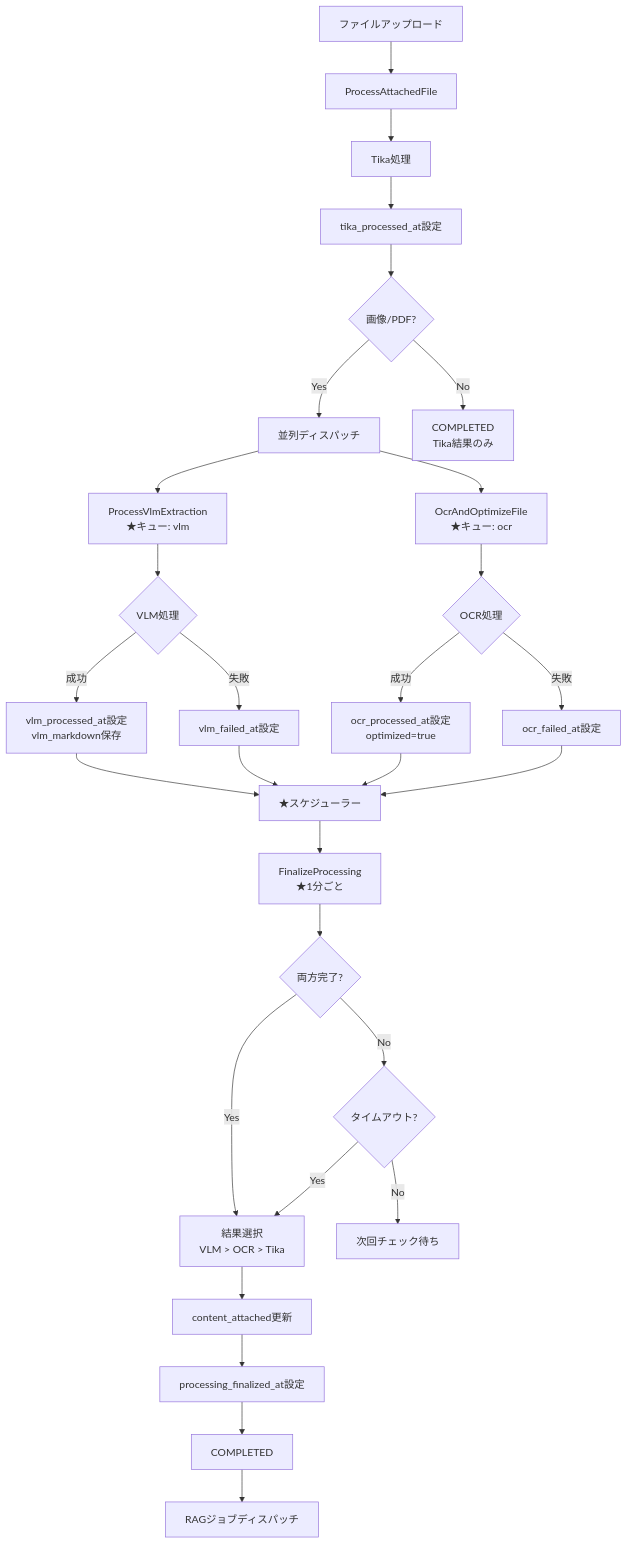
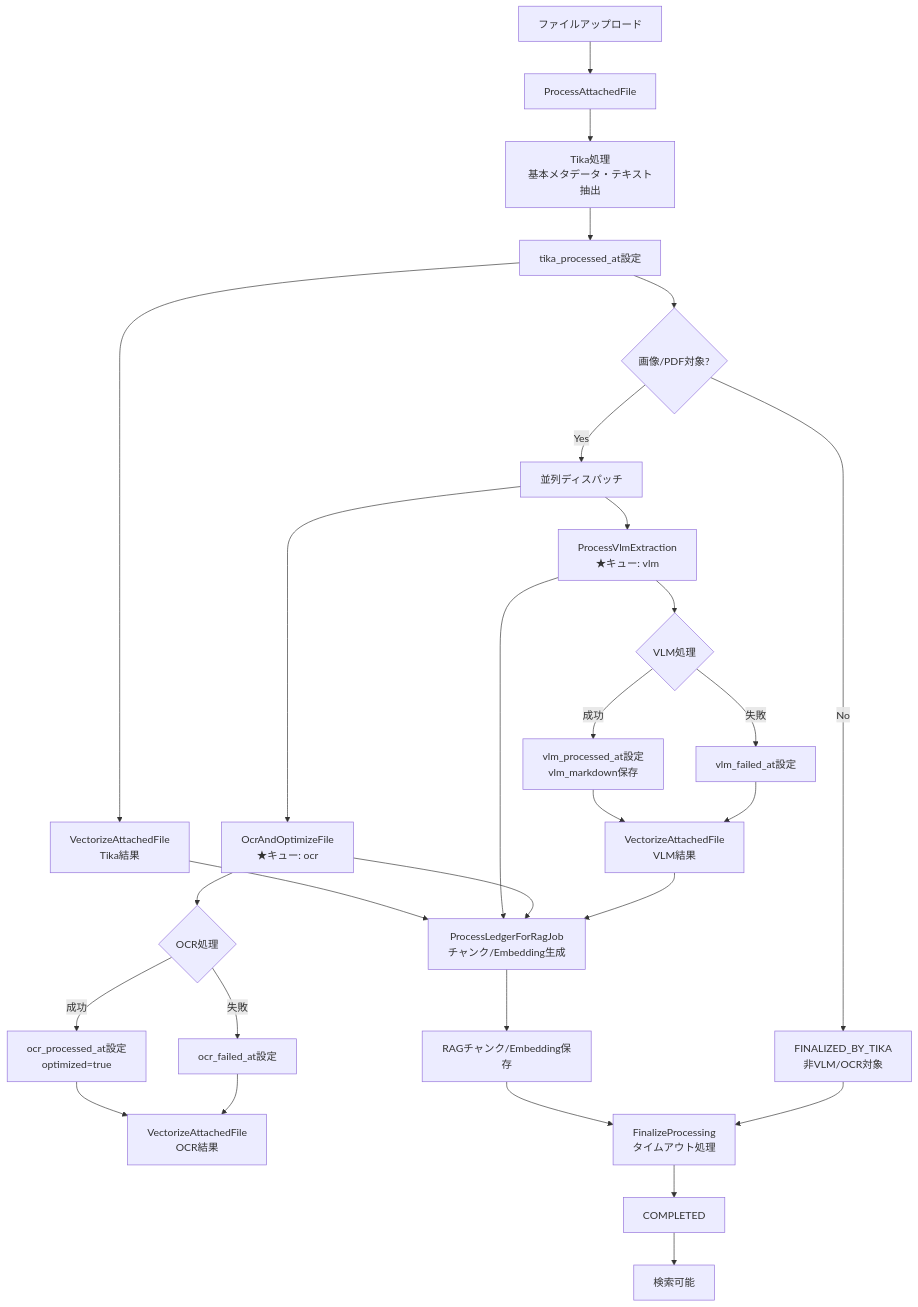
Before and after one commit to torinky/LedgerLeap-oss: the diagram in docs/architecture/vlm-parallel-processing-integration.md, drawn with Mermaid. The commit also changed other lines of this file and 1 other file, not shown here.

First line of the commit message:
docs(vlm-integration): Remove deprecated architecture document for Phase4 and add finalized implementation details

````diff
--- a/docs/architecture/vlm-parallel-processing-integration.md
+++ b/docs/architecture/vlm-parallel-processing-integration.md
@@ -50,38 +50,38 @@
 ```mermaid
 graph TD
     A[ファイルアップロード] --> B[ProcessAttachedFile]
-    B --> C[Tika処理]
+    B --> C[Tika処理<br/>基本メタデータ・テキスト抽出]
     C --> D[tika_processed_at設定]
-    D --> E{画像/PDF?}
+    D --> E[VectorizeAttachedFile<br/> Tika結果 ]
+    D --> F{画像/PDF対象?}
     
-    E -->|Yes| F[並列ディスパッチ]
-    E -->|No| G[COMPLETED<br/>Tika結果のみ]
+    E --> J[ProcessLedgerForRagJob<br/> チャンク/Embedding生成 ]
+    G --> J
+    H --> J
+    I --> J
+
+    F -->|Yes| K[並列ディスパッチ]
+    F -->|No| L[FINALIZED_BY_TIKA<br/> 非VLM/OCR対象 ]
     
-    F --> H[ProcessVlmExtraction<br/>★キュー: vlm]
-    F --> I[OcrAndOptimizeFile<br/>★キュー: ocr]
+    K --> G[ProcessVlmExtraction<br/>★キュー: vlm]
+    K --> H[OcrAndOptimizeFile<br/>★キュー: ocr]
     
-    H --> J{VLM処理}
-    J -->|成功| K[vlm_processed_at設定<br/>vlm_markdown保存]
-    J -->|失敗| L[vlm_failed_at設定]
-    
-    I --> M{OCR処理}
-    M -->|成功| N[ocr_processed_at設定<br/>optimized=true]
-    M -->|失敗| O[ocr_failed_at設定]
-    
-    K --> P[★スケジューラー]
-    L --> P
-    N --> P
-    O --> P
-    
-    P --> Q[FinalizeProcessing<br/>★1分ごと]
-    Q --> R{両方完了?}
-    R -->|Yes| S[結果選択<br/>VLM > OCR > Tika]
-    R -->|No| T{タイムアウト?}
-    T -->|Yes| S
-    T -->|No| U[次回チェック待ち]
-    
-    S --> V[content_attached更新]
-    V --> W[processing_finalized_at設定]
-    W --> X[COMPLETED]
-    X --> Y[RAGジョブディスパッチ]
+    G --> M{VLM処理}
+    M -->|成功| N[vlm_processed_at設定<br/>vlm_markdown保存]
+    M -->|失敗| O[vlm_failed_at設定]
+    N --> I[VectorizeAttachedFile<br/> VLM結果 ]
+    O --> I[VectorizeAttachedFile<br/> VLM結果 ]
+
+    H --> P{OCR処理}
+    P -->|成功| Q[ocr_processed_at設定<br/>optimized=true]
+    P -->|失敗| R[ocr_failed_at設定]
+    Q --> S[VectorizeAttachedFile<br/> OCR結果 ]
+    R --> S[VectorizeAttachedFile<br/> OCR結果 ]
+
+    J --> U[RAGチャンク/Embedding保存]
+    U --> T[FinalizeProcessing<br/> タイムアウト処理 ]
+    L --> T
+
+    T --> V[COMPLETED]
+    V --> W[検索可能]
 ```
````
